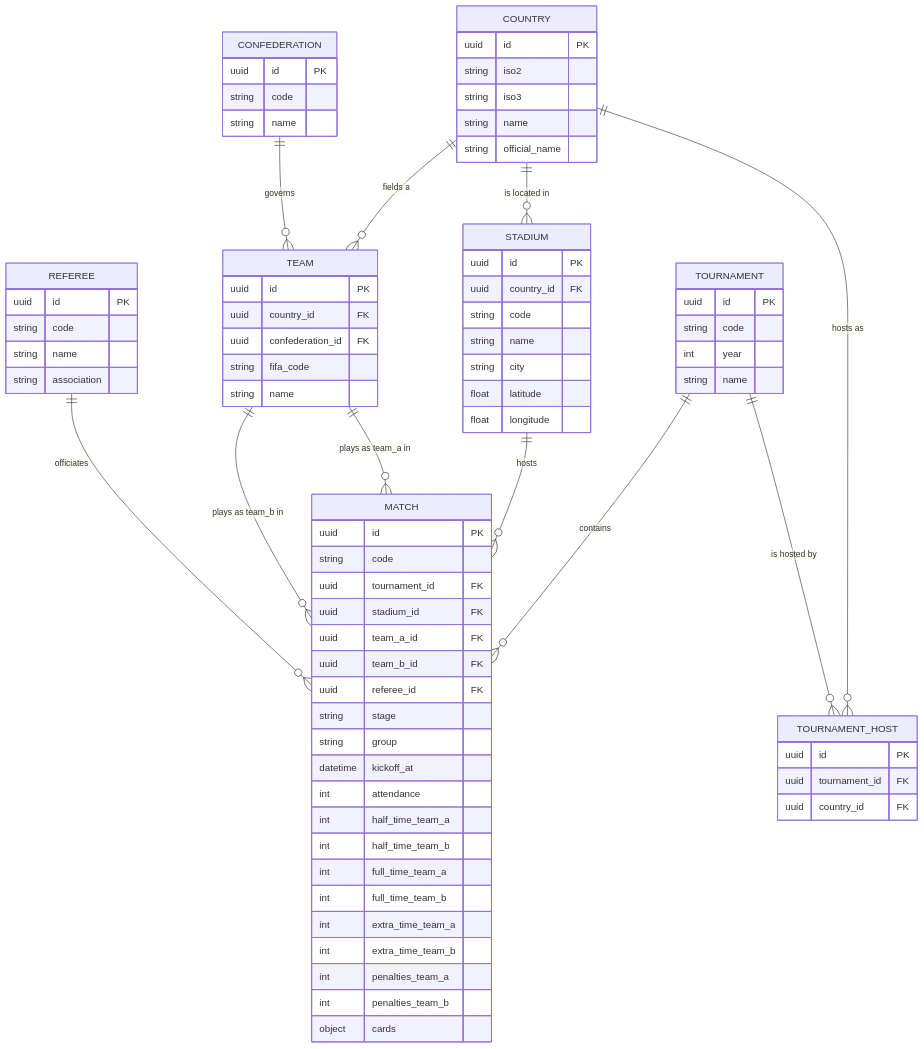
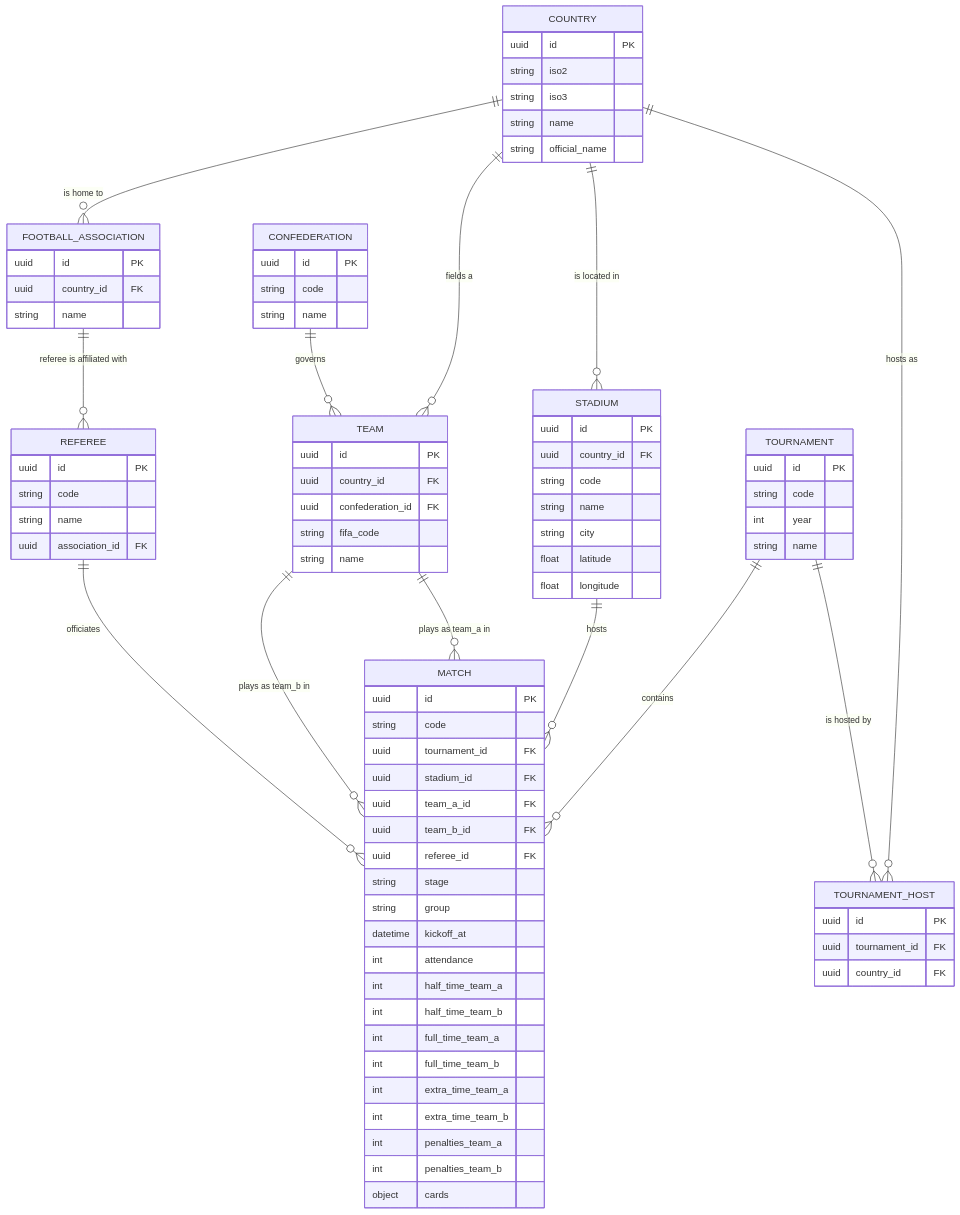
One commit to pawelMSoftware/world-cup-data changed the first of 3 diagrams in docs/DATA_MODEL.md. Above: the diagram before and after it, drawn with Mermaid. The commit also changed other lines of this file and 11 other files, not shown here.

Commit message:
Add football_associations dataset and normalize referees.json's association field

```diff
--- a/docs/DATA_MODEL.md
+++ b/docs/DATA_MODEL.md
@@ -16,12 +16,14 @@
     COUNTRY ||--o{ TEAM : "fields a"
     COUNTRY ||--o{ STADIUM : "is located in"
     COUNTRY ||--o{ TOURNAMENT_HOST : "hosts as"
+    COUNTRY ||--o{ FOOTBALL_ASSOCIATION : "is home to"
     CONFEDERATION ||--o{ TEAM : "governs"
     TOURNAMENT ||--o{ TOURNAMENT_HOST : "is hosted by"
     TOURNAMENT ||--o{ MATCH : "contains"
     STADIUM ||--o{ MATCH : "hosts"
     TEAM ||--o{ MATCH : "plays as team_a in"
     TEAM ||--o{ MATCH : "plays as team_b in"
+    FOOTBALL_ASSOCIATION ||--o{ REFEREE : "referee is affiliated with"
     REFEREE ||--o{ MATCH : "officiates"
 
     COUNTRY {
@@ -63,11 +65,16 @@
         uuid tournament_id FK
         uuid country_id FK
     }
+    FOOTBALL_ASSOCIATION {
+        uuid id PK
+        uuid country_id FK
+        string name
+    }
     REFEREE {
         uuid id PK
         string code
         string name
-        string association
+        uuid association_id FK
     }
     MATCH {
         uuid id PK
```
